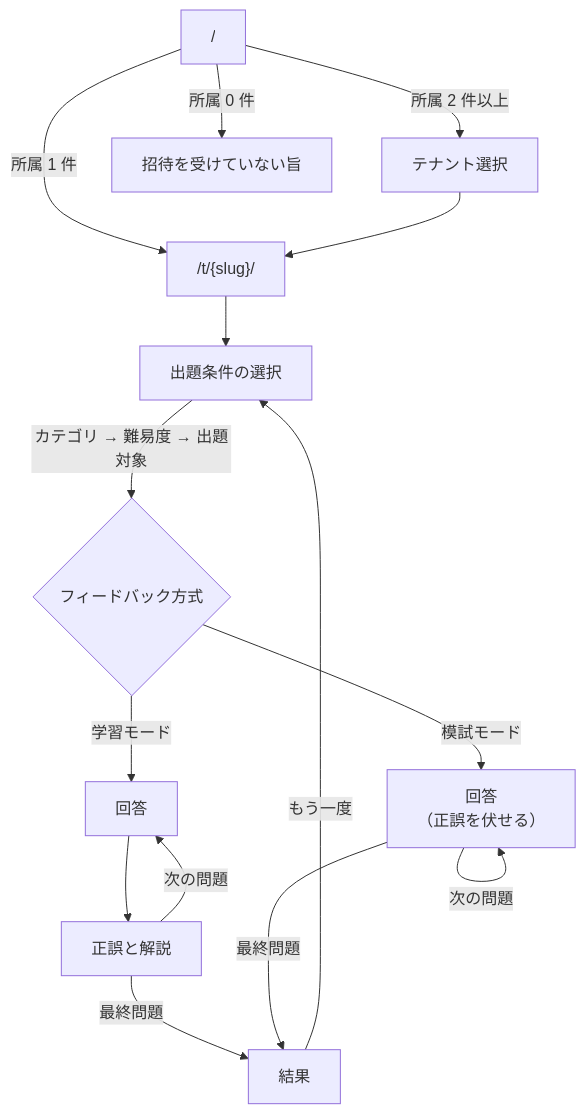
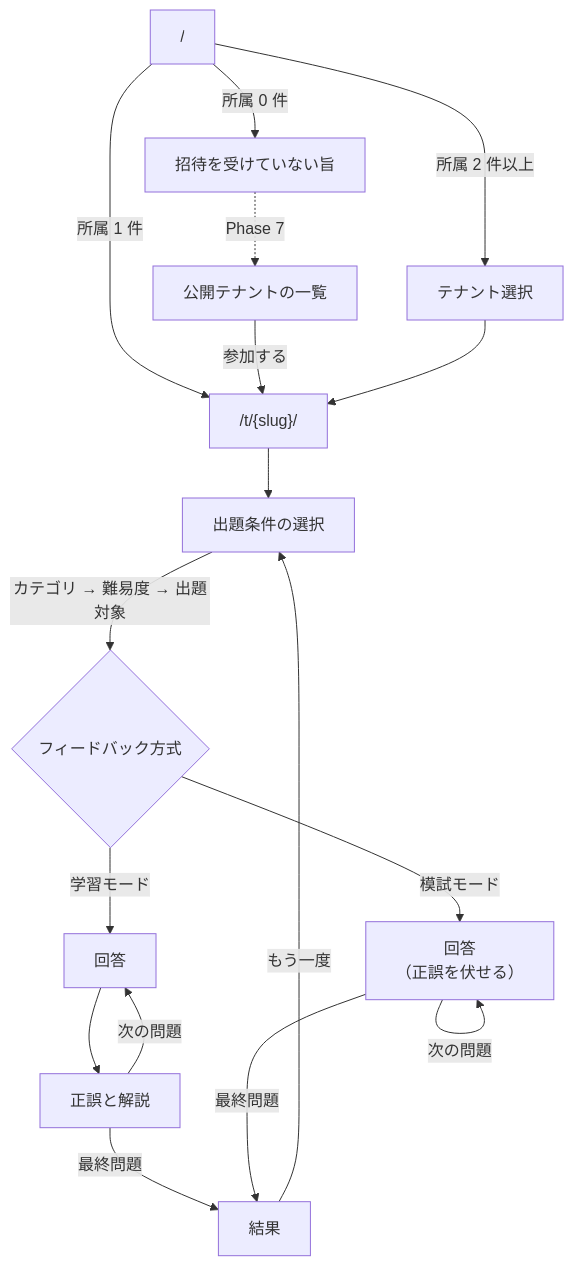
Before and after one commit to fujitamasayoshi0402/quiz-app: the first of 3 diagrams in docs/requirements.md, drawn with Mermaid. The commit also changed other lines of this file and 4 other files, not shown here.

````diff
--- a/docs/requirements.md
+++ b/docs/requirements.md
@@ -141,17 +146,19 @@
 ```mermaid
 flowchart TD
     Root["/"] -->|所属 1 件| TenantTop["/t/{slug}/"]
     Root -->|所属 2 件以上| Select[テナント選択]
     Root -->|所属 0 件| NoTenant[招待を受けていない旨]
+    NoTenant -.->|Phase 7| Public[公開テナントの一覧]
+    Public -->|参加する| TenantTop
     Select --> TenantTop
     TenantTop --> Play["出題条件の選択"]
     Play -->|カテゴリ → 難易度 → 出題対象| Mode{"フィードバック方式"}
     Mode -->|学習モード| Learn["回答"]
     Learn --> Judge["正誤と解説"]
     Judge -->|次の問題| Learn
     Judge -->|最終問題| Result["結果"]
     Mode -->|模試モード| Exam["回答<br/>（正誤を伏せる）"]
     Exam -->|次の問題| Exam
     Exam -->|最終問題| Result
     Result -->|もう一度| Play
 ```
````
